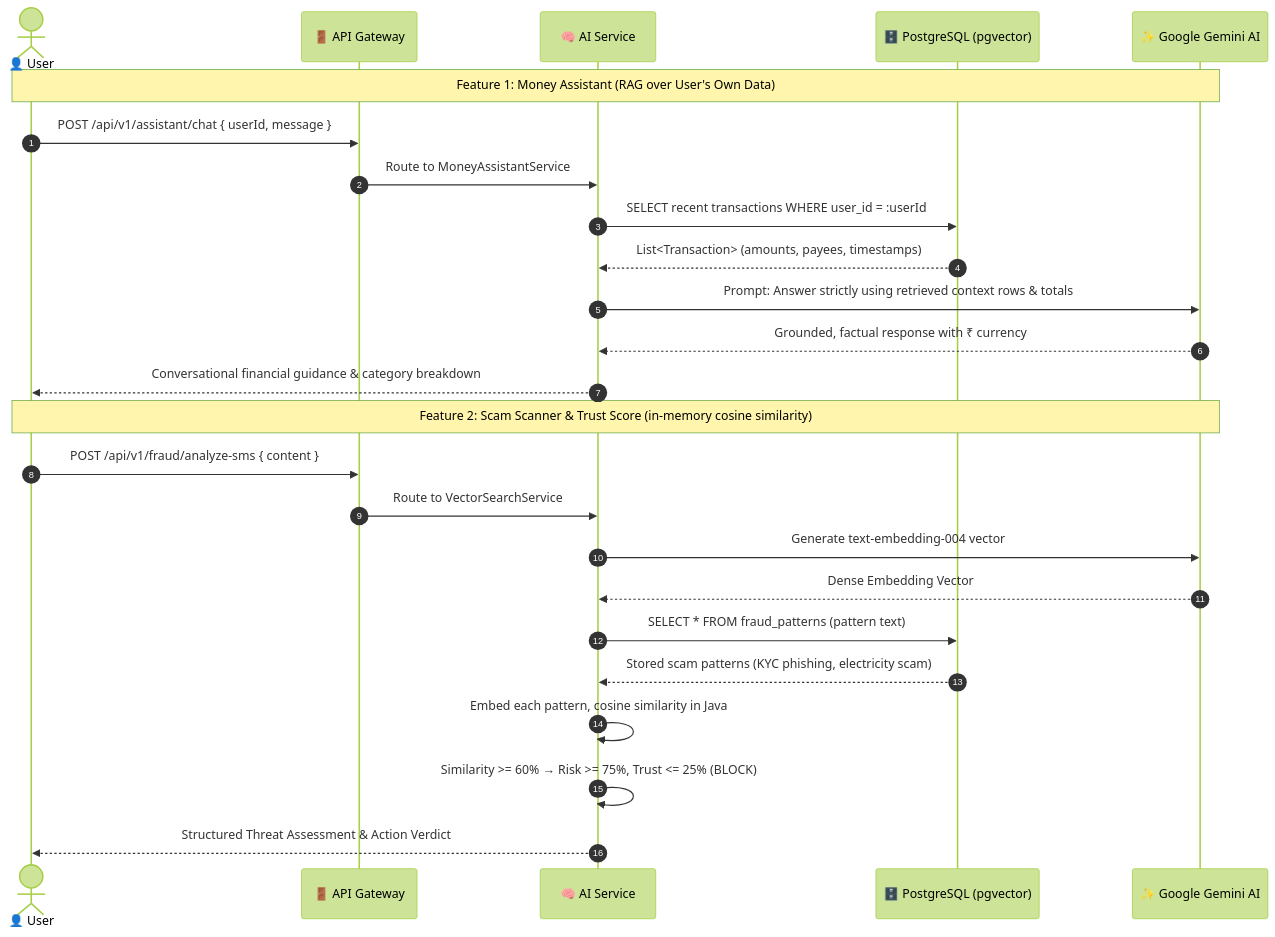
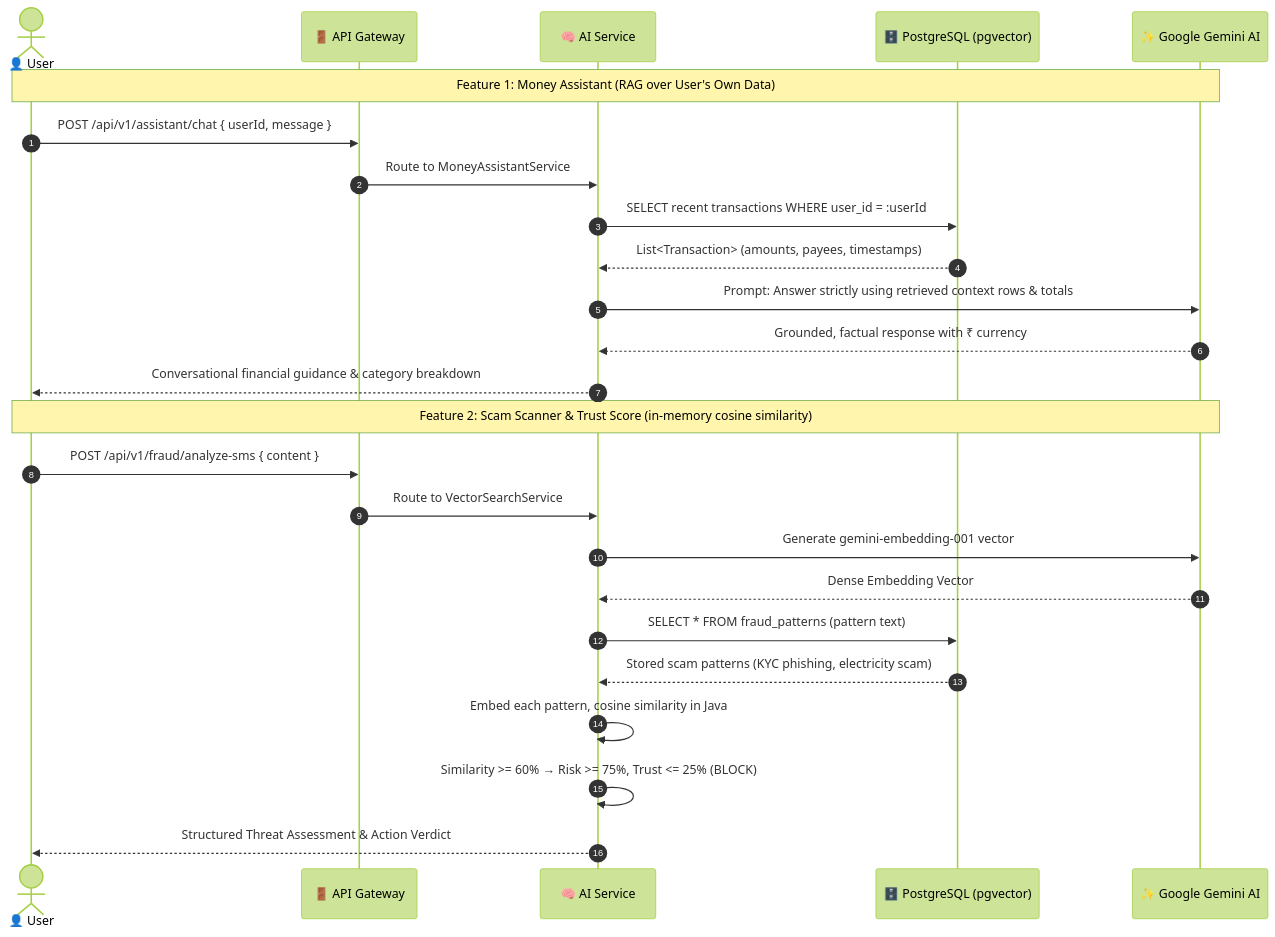
The second of 2 diagrams in README.md (pavansaiambala7/safepe), drawn with Mermaid (forest theme) before and after one commit. The commit also changed 4 other files, not shown here.

First line of the commit message:
fix(fraud): restore vector fraud detection - retired embedding model

````diff
--- a/README.md
+++ b/README.md
@@ -104,29 +104,29 @@
 ```mermaid
 sequenceDiagram
     autonumber
     actor User as 👤 User
     participant GW as 🚪 API Gateway
     participant AI as 🧠 AI Service
     participant PGV as 🗄️ PostgreSQL (pgvector)
     participant GEMINI as ✨ Google Gemini AI
 
     Note over User,GEMINI: Feature 1: Money Assistant (RAG over User's Own Data)
     User->>GW: POST /api/v1/assistant/chat { userId, message }
     GW->>AI: Route to MoneyAssistantService
     AI->>PGV: SELECT recent transactions WHERE user_id = :userId
     PGV-->>AI: List<Transaction> (amounts, payees, timestamps)
     AI->>GEMINI: Prompt: Answer strictly using retrieved context rows & totals
     GEMINI-->>AI: Grounded, factual response with ₹ currency
     AI-->>User: Conversational financial guidance & category breakdown
 
     Note over User,GEMINI: Feature 2: Scam Scanner & Trust Score (in-memory cosine similarity)
     User->>GW: POST /api/v1/fraud/analyze-sms { content }
     GW->>AI: Route to VectorSearchService
-    AI->>GEMINI: Generate text-embedding-004 vector
+    AI->>GEMINI: Generate gemini-embedding-001 vector
     GEMINI-->>AI: Dense Embedding Vector
     AI->>PGV: SELECT * FROM fraud_patterns (pattern text)
     PGV-->>AI: Stored scam patterns (KYC phishing, electricity scam)
     AI->>AI: Embed each pattern, cosine similarity in Java
     AI->>AI: Similarity >= 60% → Risk >= 75%, Trust <= 25% (BLOCK)
     AI-->>User: Structured Threat Assessment & Action Verdict
 ```
````
